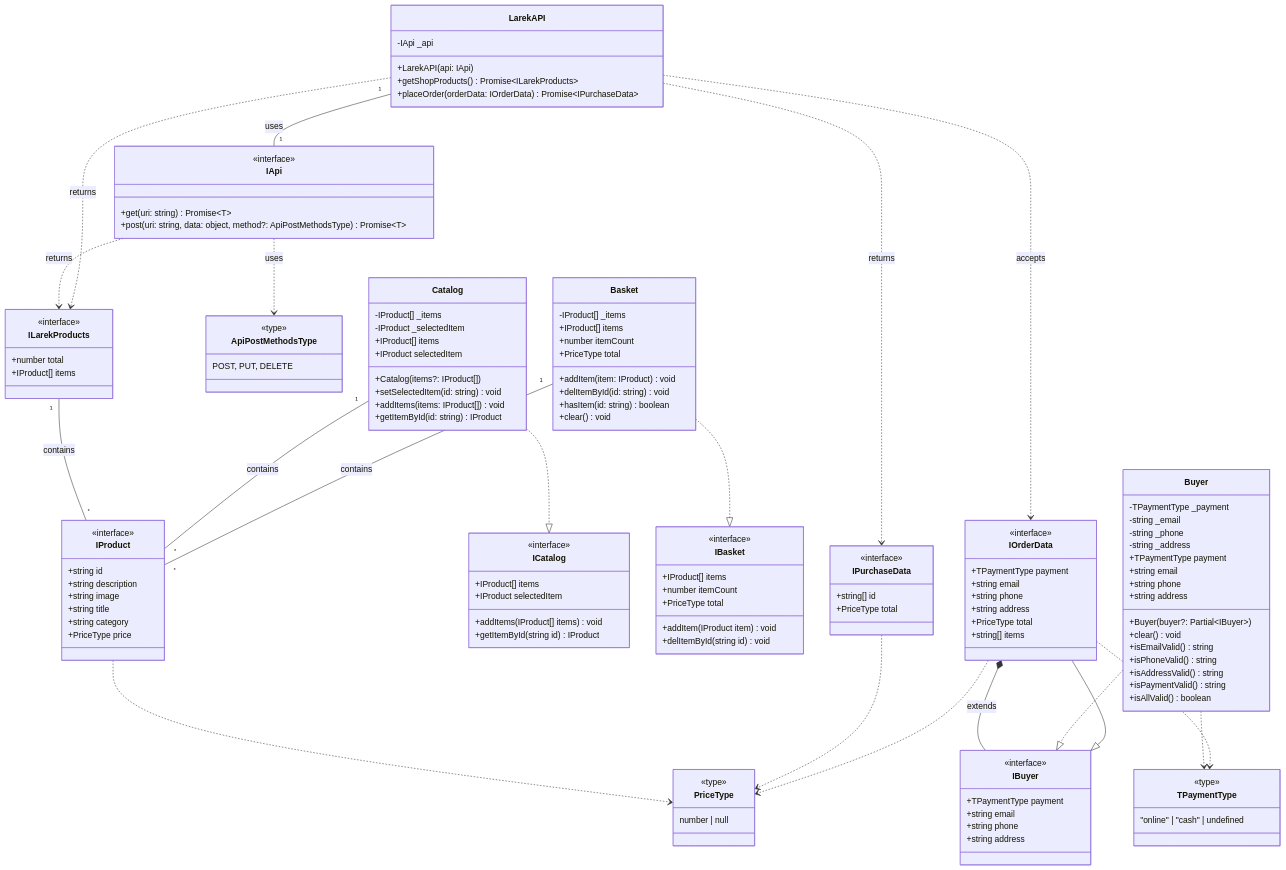
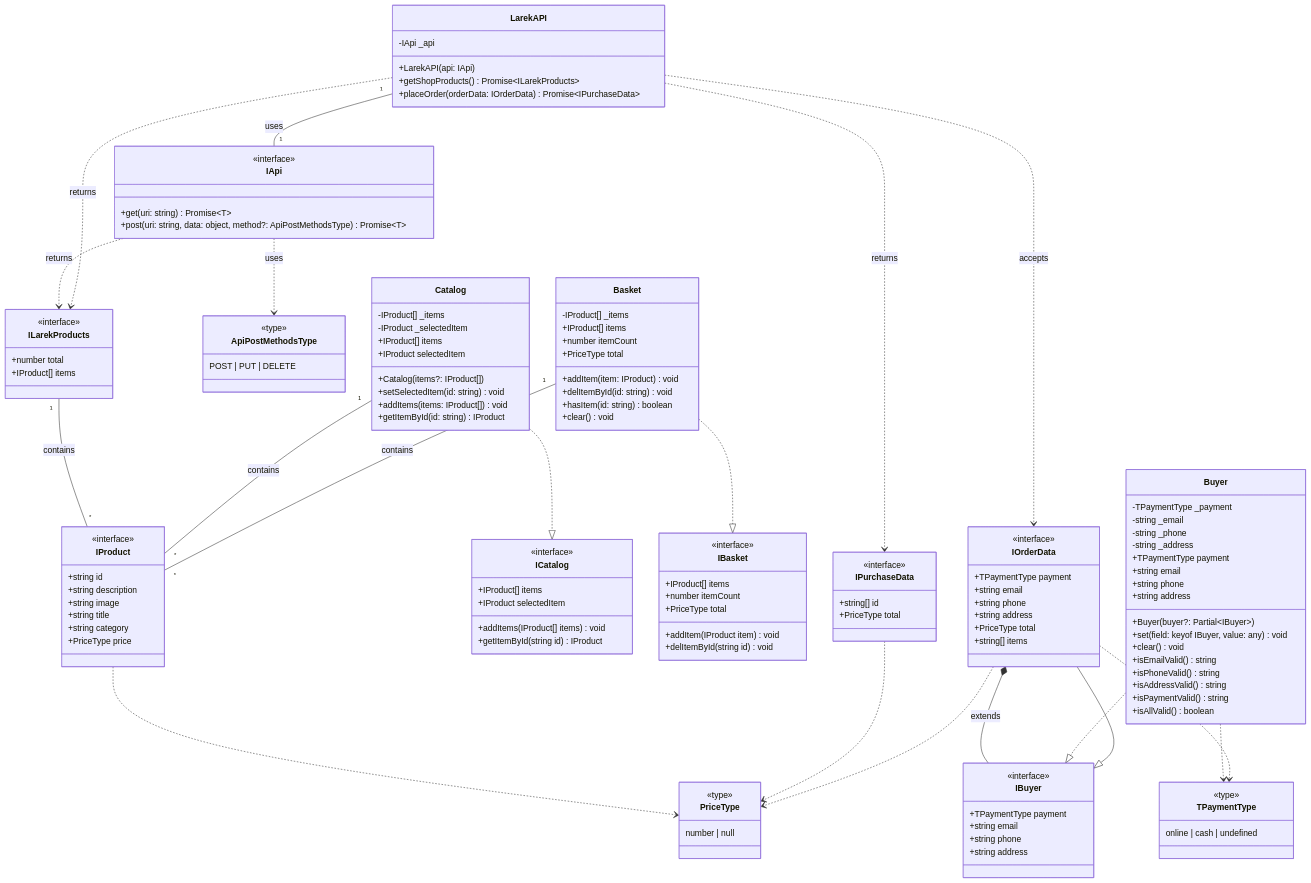
Before and after one commit to vvk2020/weblarek: the diagram in src/public/app-uml.md, drawn with Mermaid. The commit also changed 2 other files, not shown here.

Commit message:
rс4.29

```diff
--- a/src/public/app-uml.md
+++ b/src/public/app-uml.md
@@ -74,12 +74,12 @@
 
     class TPaymentType {
         <<type>>
-        "online" | "cash" | undefined
+        online | cash | undefined
     }
 
     class ApiPostMethodsType {
         <<type>>
-        POST, PUT, DELETE
+        POST | PUT | DELETE
     }
 
     %% Классы
@@ -111,6 +111,7 @@
         -string _phone
         -string _address
         +Buyer(buyer?: Partial~IBuyer~)
+        +set(field: keyof IBuyer, value: any) void
         +TPaymentType payment
         +string email
         +string phone
@@ -150,16 +151,16 @@
     IProduct ..> PriceType
     Buyer ..> TPaymentType
     
-    %% Связи LarekAPI с возвращаемыми типами
+    %% Связи LarekAPI
     LarekAPI ..> ILarekProducts : returns
     LarekAPI ..> IPurchaseData : returns
     LarekAPI ..> IOrderData : accepts
     
-    %% Связи IApi с типами
+    %% Связи IApi
     IApi ..> ApiPostMethodsType : uses
     IApi ..> ILarekProducts : returns
     
-    %% Связи ILarekProducts с IProduct
+    %% Связи ILarekProducts
     ILarekProducts "1" -- "*" IProduct : contains
 
     %% Композиция
```
